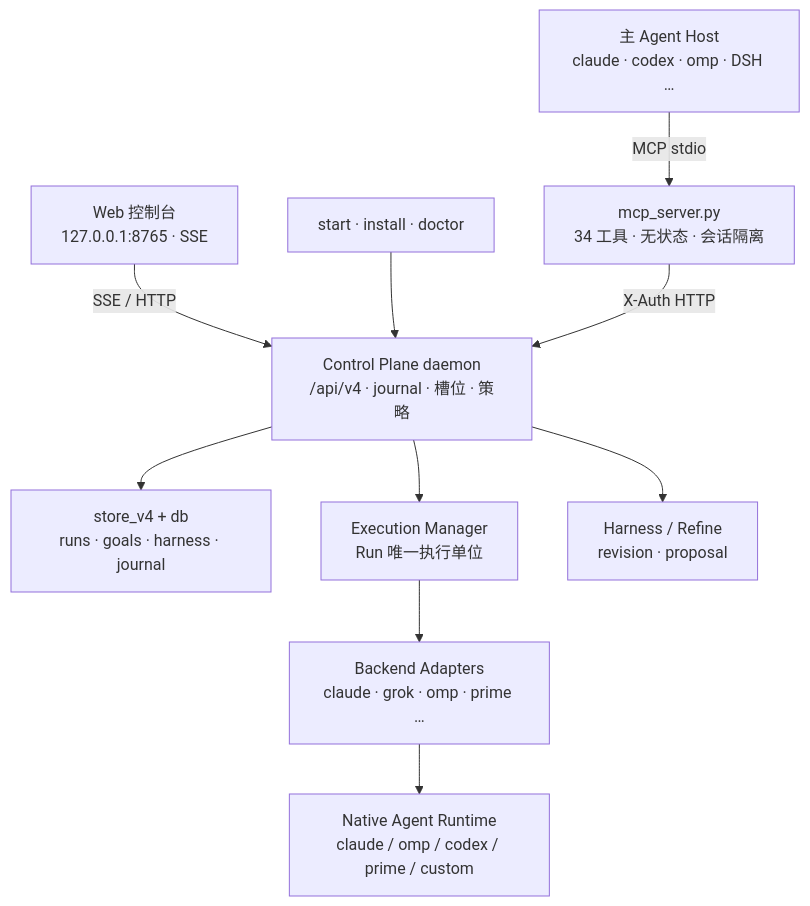
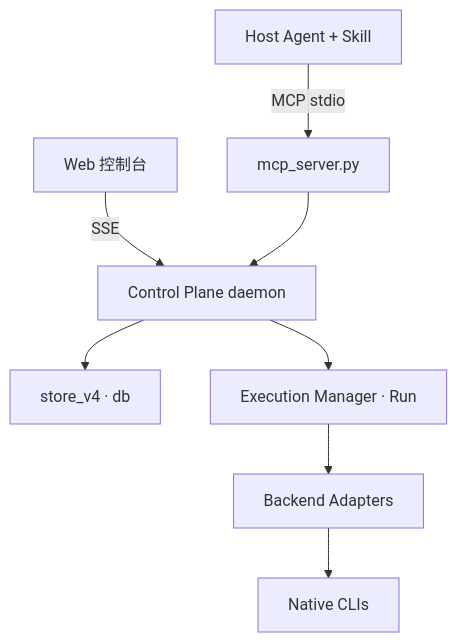
One commit to 37chengshan/agent-mcp changed the diagram in README.md. Above: the diagram before and after it, drawn with Mermaid. The commit also changed other lines of this file and 8 other files, not shown here.

First line of the commit message:
docs: 并入 skill-first 架构文档 + 修安装/DSH 漂移 + README 重排

````diff
--- a/README.md
+++ b/README.md
@@ -121,24 +114,10 @@
 ```mermaid
 flowchart TB
-  Host["主 Agent Host<br/>claude · codex · omp · DSH …"]
-  Web["Web 控制台<br/>127.0.0.1:8765 · SSE"]
-  CLI["start · install · doctor"]
-
-  MCP["mcp_server.py<br/>34 工具 · 无状态 · 会话隔离"]
-  CP["Control Plane daemon<br/>/api/v4 · journal · 槽位 · 策略"]
-  Store["store_v4 + db<br/>runs · goals · harness · journal"]
-  EM["Execution Manager<br/>Run 唯一执行单位"]
-  Ad["Backend Adapters<br/>claude · grok · omp · prime …"]
-  HR["Harness / Refine<br/>revision · proposal"]
-  RT["Native Agent Runtime<br/>claude / omp / codex / prime / custom"]
-
-  Host -->|MCP stdio| MCP
-  Web -->|SSE / HTTP| CP
-  CLI --> CP
-  MCP -->|X-Auth HTTP| CP
-  CP --> Store
-  CP --> EM
-  EM --> Ad
-  CP --> HR
-  Ad --> RT
+  Host["Host Agent + Skill"] -->|MCP stdio| MCP["mcp_server.py"]
+  Web["Web 控制台"] -->|SSE| CP["Control Plane daemon"]
+  MCP --> CP
+  CP --> Store["store_v4 · db"]
+  CP --> EM["Execution Manager · Run"]
+  EM --> Ad["Backend Adapters"]
+  Ad --> RT["Native CLIs"]
 ```
````
